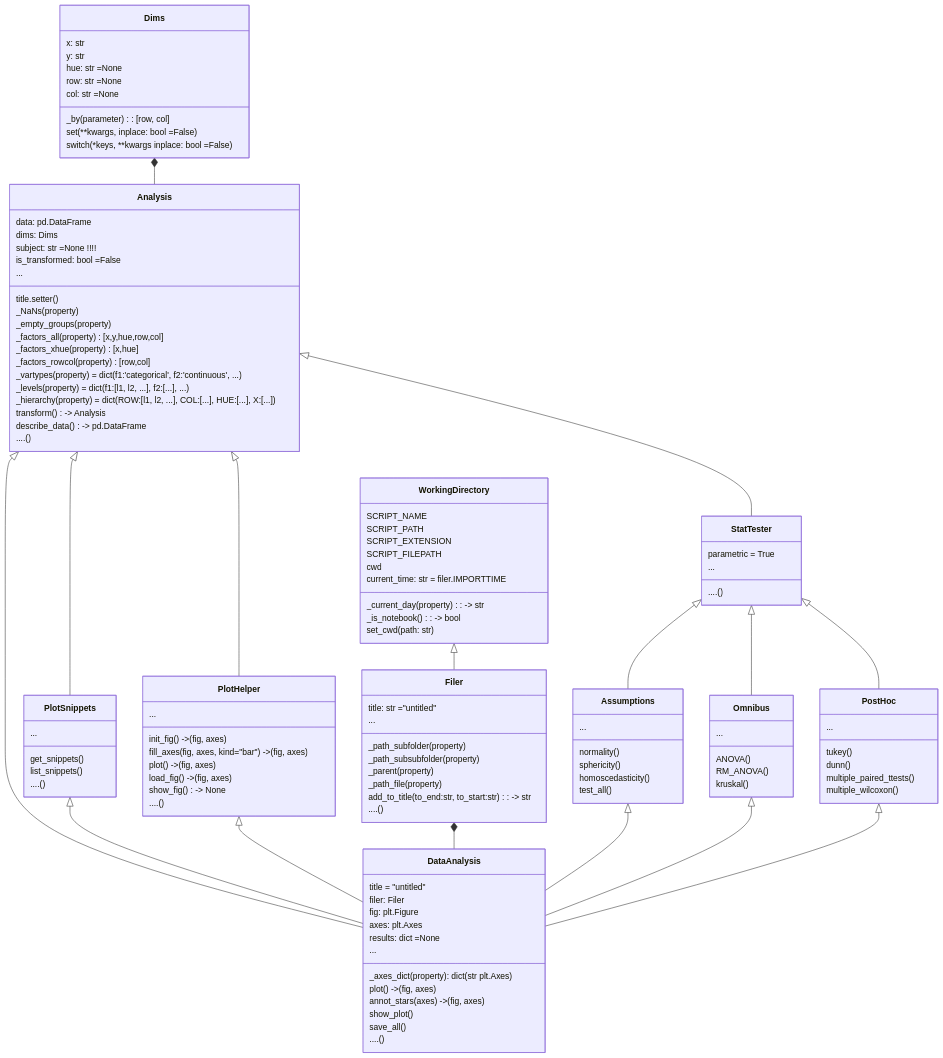
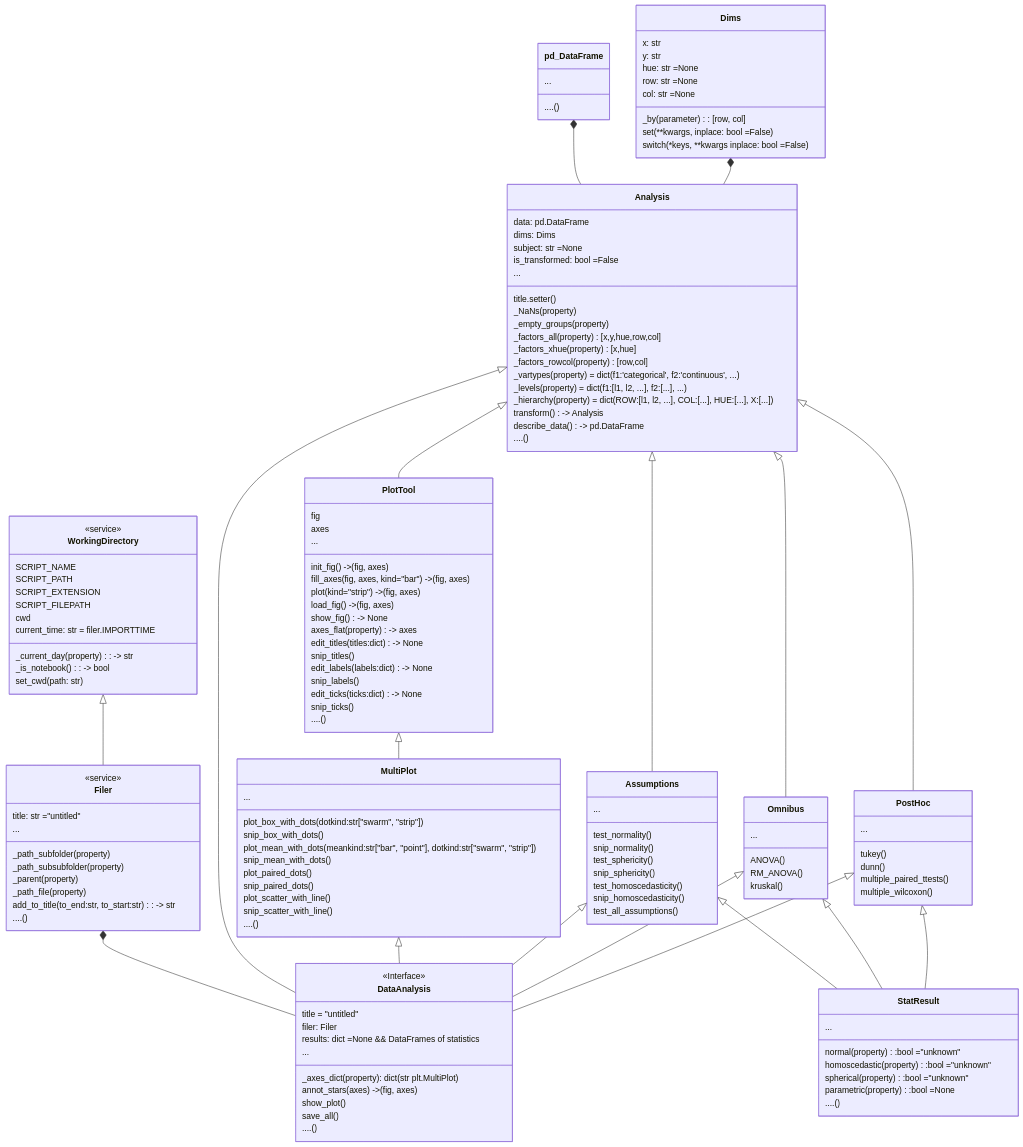
The diagram in README.md (markur4/plotastic), drawn with Mermaid before and after one commit. The commit also changed other lines of this file, not shown here.

Commit message:
changes to readme and class diagram

````diff
--- a/README.md
+++ b/README.md
@@ -142,17 +40,9 @@
 ```mermaid
 classDiagram
-   class Dims {
-      x: str 
-      y: str
-      hue: str =None
-      row: str =None
-      col: str =None
-      _by(parameter): [row, col]
-      set(**kwargs, inplace: bool =False)
-      switch(*keys, **kwargs inplace: bool =False)
-   }
+   
    
    class WorkingDirectory{
+      <<service>>
       SCRIPT_NAME
       SCRIPT_PATH
       SCRIPT_EXTENSION
@@ -165,6 +55,7 @@
    }
 
    class Filer{
+      <<service>>
       title: str ="untitled"
       ...
       _path_subfolder(property)
@@ -174,11 +65,35 @@
       add_to_title(to_end:str, to_start:str): -> str
       ....()
    }
-   
+
+   WorkingDirectory <|-- Filer
+   Filer *-- DataAnalysis
+
+
+
+   %% ANALYSIS #......................................................................................
+
+   class pd_DataFrame{
+      ...
+      ....()
+   }
+
+   class Dims {
+      x: str 
+      y: str
+      hue: str =None
+      row: str =None
+      col: str =None
+      _by(parameter): [row, col]
+      set(**kwargs, inplace: bool =False)
+      switch(*keys, **kwargs inplace: bool =False)
+   }
+
    class Analysis {
       data: pd.DataFrame
       dims: Dims
-      subject: str =None !!!!
+
+      subject: str =None 
       is_transformed: bool =False
       ...
       title.setter()
@@ -194,20 +109,39 @@
       describe_data() -> pd.DataFrame
       ....()
    }
+   click Analysis href "https://github.com/markur4/plotastic/blob/main/plotastic/analysis.py" "analysis.py"
   
- 
+   pd_DataFrame *-- Analysis
+   Dims *-- Analysis
 
-   class StatTester{
-      parametric = True
+
+
+   Analysis <|-- DataAnalysis
+   Analysis <|-- PlotTool
+   Analysis <|-- Assumptions
+   Analysis <|-- Omnibus
+   Analysis <|-- PostHoc
+
+
+   %% STATISTICS #......................................................................................
+
+   class StatResult{
       ...
+      normal(property):bool ="unknown"
+      homoscedastic(property):bool ="unknown"
+      spherical(property):bool ="unknown"
+      parametric(property):bool =None
       ....()
    }
    class Assumptions{
       ...
-      normality()
-      sphericity()
-      homoscedasticity()
-      test_all()
+      test_normality()
+      snip_normality()
+      test_sphericity()
+      snip_sphericity()
+      test_homoscedasticity()
+      snip_homoscedasticity()
+      test_all_assumptions()
    }
    class Omnibus{
       ...
@@ -221,74 +155,96 @@
       dunn()
       multiple_paired_ttests()
       multiple_wilcoxon()
-
    }
 
+   Assumptions  <|-- StatResult
+   Omnibus  <|-- StatResult
+   PostHoc  <|-- StatResult
+   %%StatResult <|-- Omnibus
+   %%StatResult <|-- PostHoc
 
 
-   class PlotSnippets{
-      ...
-      get_snippets()
-      list_snippets()
+   %% PLOTTING #......................................................................................
 
-      ....()
-   }
-   class PlotHelper{
+   class PlotTool{
+      fig
+      axes
       ...
       init_fig() -> (fig, axes)
       fill_axes(fig, axes, kind="bar") -> (fig, axes)
-      plot() -> (fig, axes)
+      plot(kind="strip") -> (fig, axes)
+
       load_fig() -> (fig, axes)
       show_fig() -> None
+
+      axes_flat(property) -> axes
+
+      edit_titles(titles:dict) -> None
+      snip_titles() 
+      edit_labels(labels:dict) -> None
+      snip_labels()
+      edit_ticks(ticks:dict) -> None
+      snip_ticks()
+      ....()
+   }
+   class MultiPlot{
+      ...
+      plot_box_with_dots(dotkind:str["swarm", "strip"])
+      snip_box_with_dots()
+      plot_mean_with_dots(meankind:str["bar", "point"], dotkind:str["swarm", "strip"])
+      snip_mean_with_dots()
+      plot_paired_dots()
+      snip_paired_dots()
+      plot_scatter_with_line()
+      snip_scatter_with_line()
       ....()
    }
 
+   PlotTool <|-- MultiPlot
+
+
+   %% DATAANALYSIS #......................................................................................
+
    class DataAnalysis{
-      title = "untitled"
+
+      <<Interface>>
+      %% FIGURES DON'T NEED TITLES, WE EDIT THEM AFTERWARDS
+      title = "untitled" 
       filer: Filer 
-      
-      %% plothelper: PlotHelper
-      %% snippets: PlotSnippets
-
-      fig: plt.Figure
-      axes: plt.Axes
-
-      %% assumptions: Assumptions
-      %% omnibus: Omnibus 
-      %% posthoc: PostHoc
-
-      results: dict =None
+      results: dict =None && DataFrames of statistics
       ...
-      _axes_dict(property): dict(str plt.Axes)
-      plot() -> (fig, axes)
+      _axes_dict(property): dict(str plt.MultiPlot)
       annot_stars(axes) -> (fig, axes)
       show_plot()
       save_all()
       ....()
    }
+   click DataAnalysis href "https://github.com/markur4/plotastic/blob/main/plotastic/dataanalysis.py" "dataanalysis.py"
 
 
 
- 
-   Dims *-- Analysis
-   Analysis <|-- DataAnalysis
-   Analysis <|-- PlotHelper
-   Analysis <|-- PlotSnippets
-   Analysis <|-- StatTester
-
-   StatTester <|-- Assumptions
-   StatTester <|-- Omnibus
-   StatTester <|-- PostHoc
-
-   WorkingDirectory <|-- Filer
-
-
-   PlotSnippets <|-- DataAnalysis
-   PlotHelper <|-- DataAnalysis
-   Filer *-- DataAnalysis
+   MultiPlot <|-- DataAnalysis
    Assumptions <|-- DataAnalysis
    Omnibus <|-- DataAnalysis
    PostHoc <|-- DataAnalysis
+   
+
+
+
+
+
+
+   %%Analysis <|-- StatResult
+
+
+
+   %%Assumptions --|>  StatResult 
+   %%Omnibus --|>  StatResult
+   %%PostHoc --|>  StatResult
+
+   
+
+
 
  
 
````
